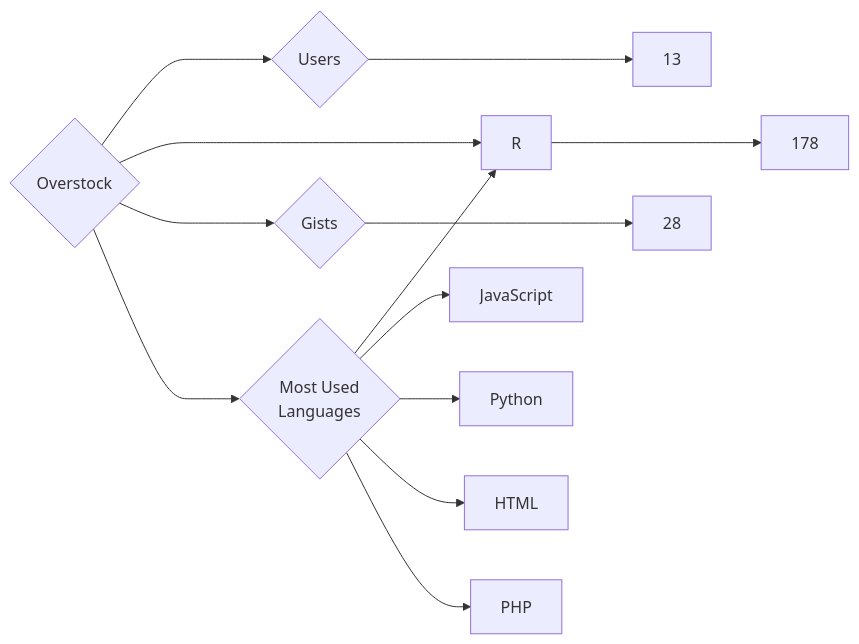
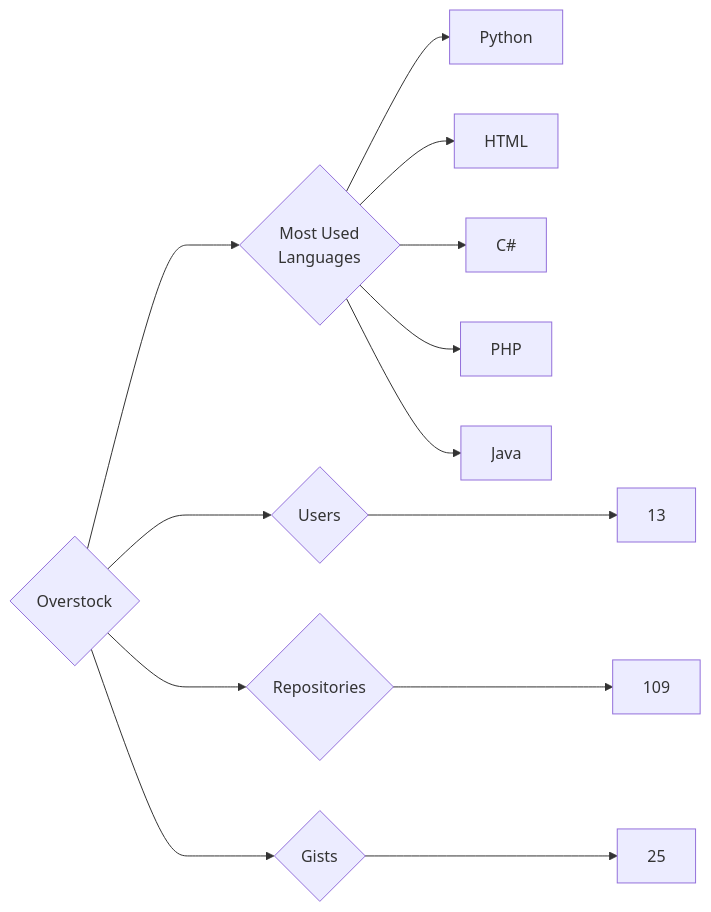
Before and after one commit to trickest/insiders: the diagram in targets/Overstock/README.md, drawn with Mermaid. The commit also changed 973 other files, not shown here.

````diff
--- a/targets/Overstock/README.md
+++ b/targets/Overstock/README.md
@@ -3,13 +3,13 @@
 ```mermaid
 graph LR
 COMPANY_NAME{Overstock}
 COMPANY_NAME ---> U{Users} ---> UN[13]
-COMPANY_NAME ---> R{Repositories} ---> RN[178]
-COMPANY_NAME ---> G{Gists} ---> GN[28]
+COMPANY_NAME ---> R{Repositories} ---> RN[109]
+COMPANY_NAME ---> G{Gists} ---> GN[25]
 COMPANY_NAME ---> ML{Most Used<br>Languages}
-ML --> R[R]
-ML --> JavaScript[JavaScript]
 ML --> Python[Python]
 ML --> HTML[HTML]
+ML --> C#[C#]
 ML --> PHP[PHP]
+ML --> Java[Java]
 ```
````
